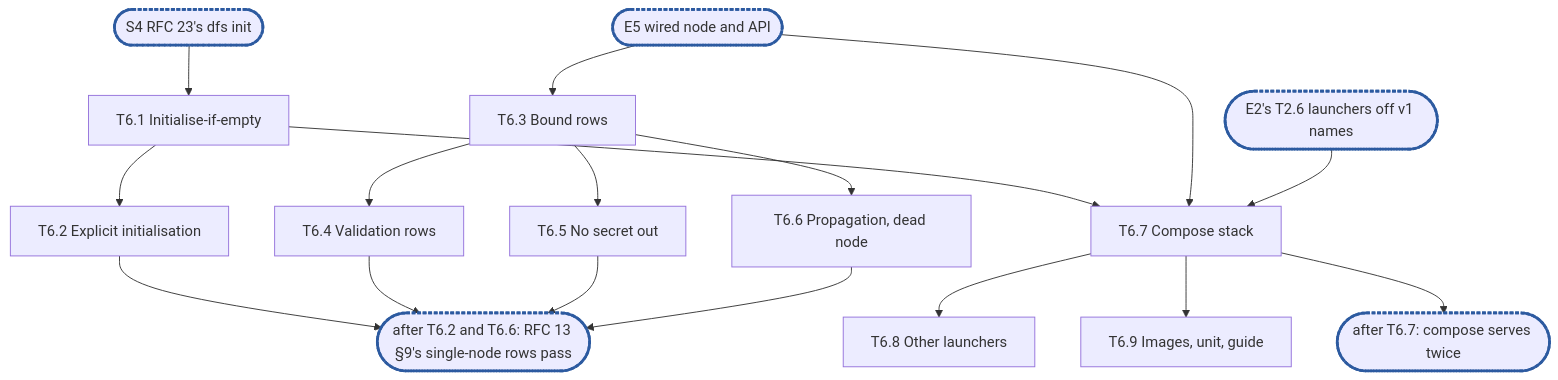
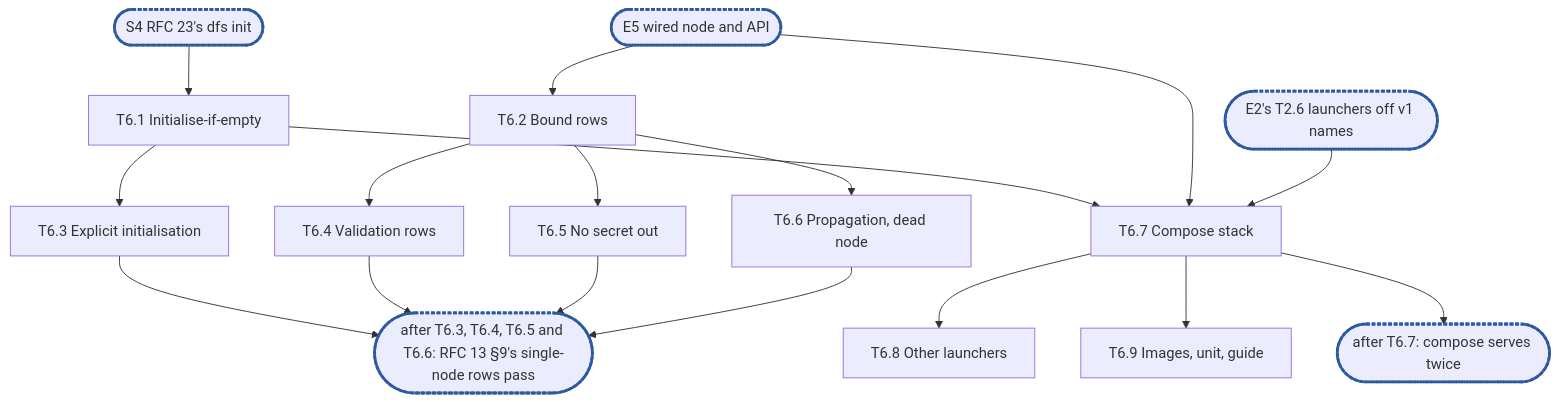
Before and after one commit to cubbit/dittofs: the diagram in .planning/rfc-13-config-epic6.md, drawn with Mermaid. The commit also changed other lines of this file and 1 other file, not shown here.

First line of the commit message:
docs(planning): fix review comments on RFC 13 epic 6 breakdown

````diff
--- a/.planning/rfc-13-config-epic6.md
+++ b/.planning/rfc-13-config-epic6.md
@@ -544,13 +573,13 @@
 ```mermaid
 flowchart TD
   S4(["S4 RFC 23's dfs init"]):::sync --> T6_1["T6.1 Initialise-if-empty"]
-  T6_1 --> T6_2["T6.2 Explicit initialisation"]
-  E5(["E5 wired node and API"]):::sync --> T6_3["T6.3 Bound rows"]
-  T6_3 --> T6_4["T6.4 Validation rows"] & T6_5["T6.5 No secret out"] & T6_6["T6.6 Propagation, dead node"]
-  T6_2 & T6_4 & T6_5 & T6_6 --> C1(["after T6.2 and T6.6: RFC 13 §9's single-node rows pass"]):::sync
+  T6_1 --> T6_3["T6.3 Explicit initialisation"]
+  E5(["E5 wired node and API"]):::sync --> T6_2["T6.2 Bound rows"]
+  T6_2 --> T6_4["T6.4 Validation rows"] & T6_5["T6.5 No secret out"] & T6_6["T6.6 Propagation, dead node"]
+  T6_3 & T6_4 & T6_5 & T6_6 --> C1(["after T6.3, T6.4, T6.5 and T6.6: RFC 13 §9's single-node rows pass"]):::sync
   T6_1 & E5 --> T6_7["T6.7 Compose stack"]
   T26(["E2's T2.6 launchers off v1 names"]):::sync --> T6_7
   T6_7 --> T6_8["T6.8 Other launchers"] & T6_9["T6.9 Images, unit, guide"]
   T6_7 --> C2(["after T6.7: compose serves twice"]):::sync
   classDef sync stroke:#2c5aa0,stroke-width:3px,stroke-dasharray:4 2
 ```
````
